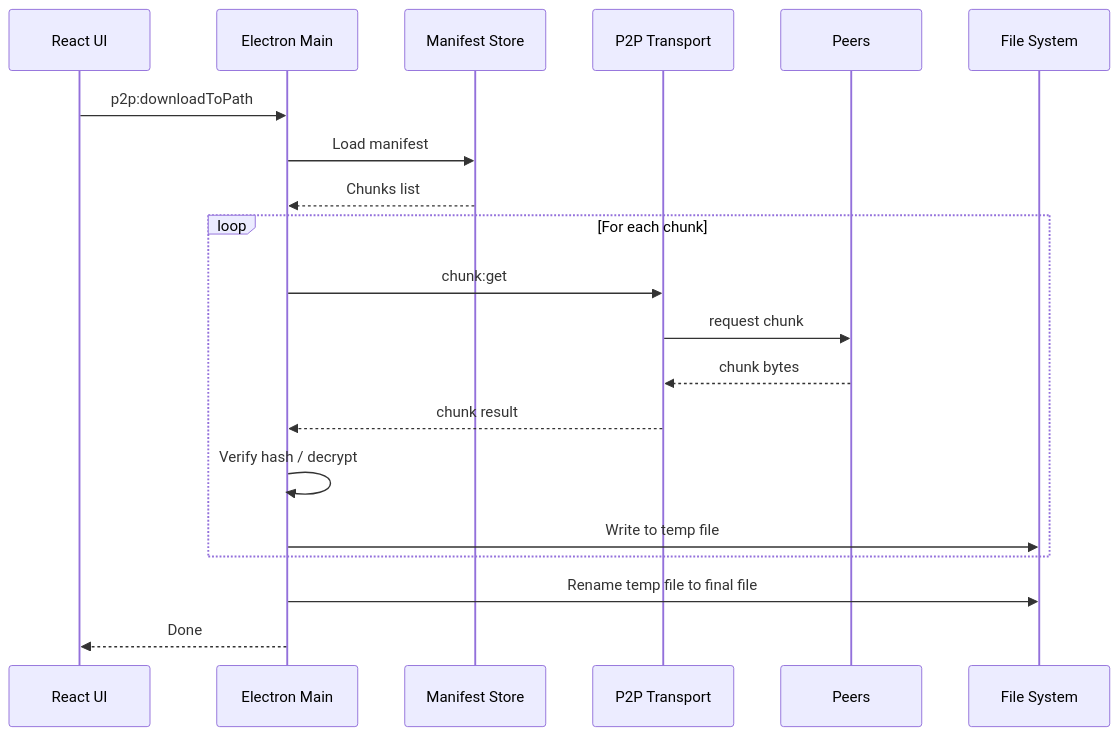
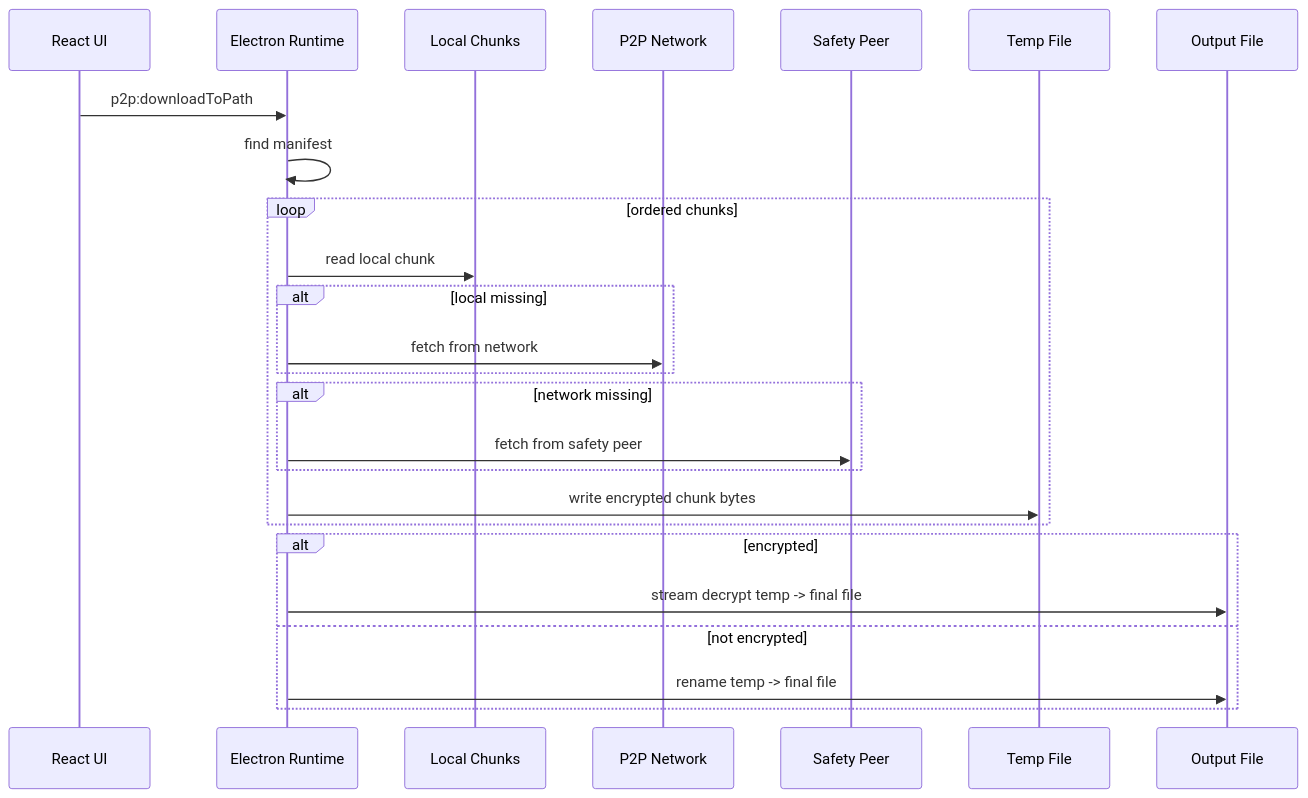
One commit to DiyaAshour/p2p-cloud changed the third of 4 diagrams in المرجع.md. Above: the diagram before and after it, drawn with Mermaid. The commit also changed other lines of this file, not shown here.

Commit message:
docs: update engineering reference with current runtime status

````diff
--- a/المرجع.md
+++ b/المرجع.md
@@ -205,23 +242,28 @@
 ```mermaid
 sequenceDiagram
     participant UI as React UI
-    participant M as Electron Main
-    participant MS as Manifest Store
-    participant T as P2P Transport
-    participant P as Peers
-    participant FS as File System
+    participant E as Electron Runtime
+    participant L as Local Chunks
+    participant P as P2P Network
+    participant S as Safety Peer
+    participant T as Temp File
+    participant O as Output File
 
-    UI->>M: p2p:downloadToPath
-    M->>MS: Load manifest
-    MS-->>M: Chunks list
-    loop For each chunk
-        M->>T: chunk:get
-        T->>P: request chunk
-        P-->>T: chunk bytes
-        T-->>M: chunk result
-        M->>M: Verify hash / decrypt
-        M->>FS: Write to temp file
+    UI->>E: p2p:downloadToPath
+    E->>E: find manifest
+    loop ordered chunks
+        E->>L: read local chunk
+        alt local missing
+            E->>P: fetch from network
+        end
+        alt network missing
+            E->>S: fetch from safety peer
+        end
+        E->>T: write encrypted chunk bytes
     end
-    M->>FS: Rename temp file to final file
-    M-->>UI: Done
+    alt encrypted
+        E->>O: stream decrypt temp -> final file
+    else not encrypted
+        E->>O: rename temp -> final file
+    end
 ```
````
